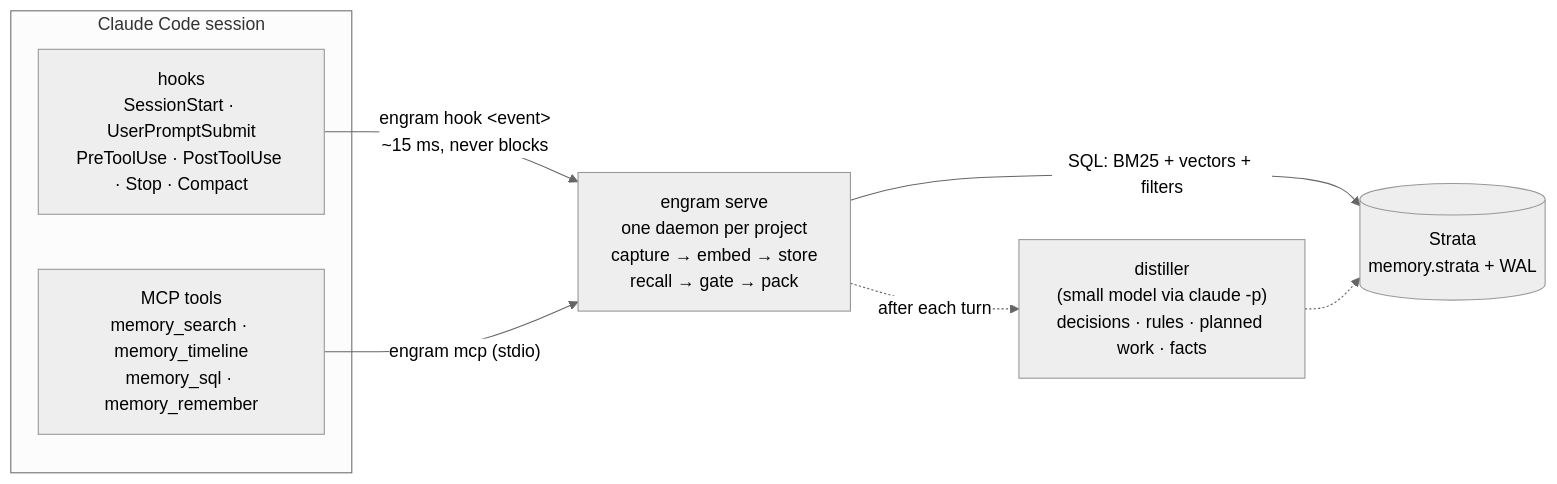
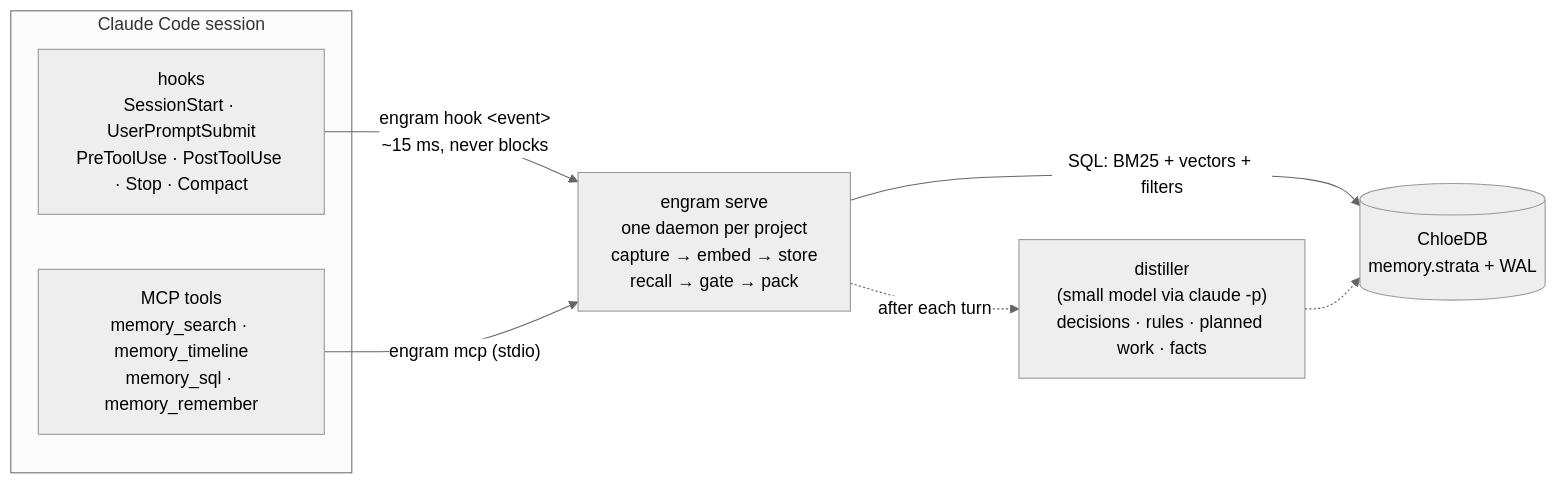
The second of 2 diagrams in README.md (chloetech-ai/chloedb), drawn with Mermaid (neutral theme) before and after one commit. The commit also changed other lines of this file and 73 other files, not shown here.

First line of the commit message:
Rename Strata to ChloeDB in the docs, the website and the READMEs

````diff
--- a/README.md
+++ b/README.md
@@ -157,13 +159,13 @@
 ```mermaid
 flowchart LR
     subgraph CC["Claude Code session"]
         HK["hooks<br/>SessionStart · UserPromptSubmit<br/>PreToolUse · PostToolUse · Stop · Compact"]
         MCP["MCP tools<br/>memory_search · memory_timeline<br/>memory_sql · memory_remember"]
     end
     HK -- "engram hook &lt;event&gt;<br/>~15 ms, never blocks" --> D
     MCP -- "engram mcp (stdio)" --> D
     D["engram serve<br/>one daemon per project<br/>capture → embed → store<br/>recall → gate → pack"]
-    D -- "SQL: BM25 + vectors + filters" --> S[("Strata<br/>memory.strata + WAL")]
+    D -- "SQL: BM25 + vectors + filters" --> S[("ChloeDB<br/>memory.strata + WAL")]
     D -. "after each turn" .-> DL["distiller<br/>(small model via claude -p)<br/>decisions · rules · planned work · facts"]
     DL -.-> S
 ```
````
